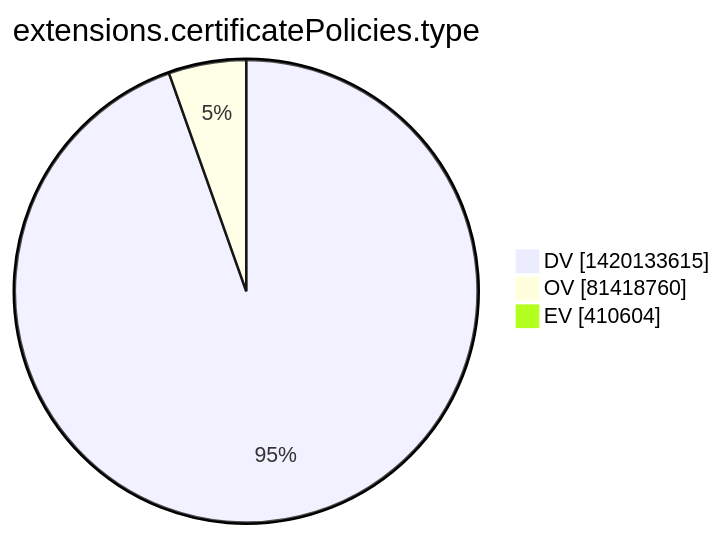
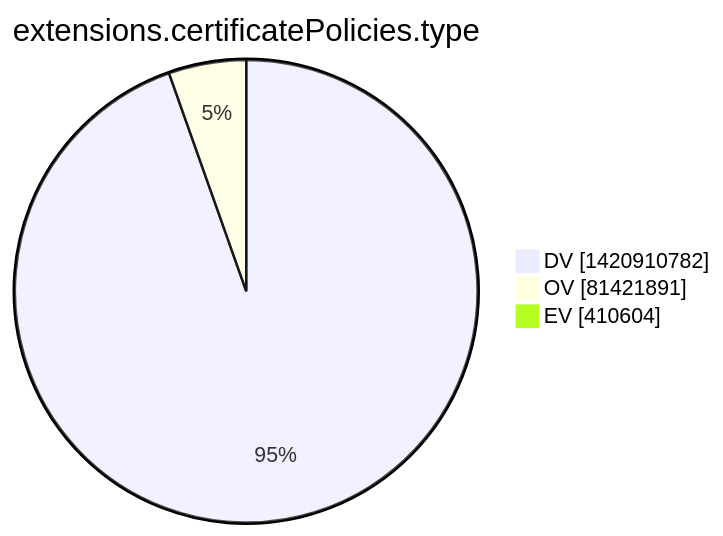
One commit to christiankrug/ctmonitor_visualization changed the tenth of 15 diagrams in xenon2022/README.md. Above: the diagram before and after it, drawn with Mermaid. The commit also changed other lines of this file, not shown here.

````diff
--- a/xenon2022/README.md
+++ b/xenon2022/README.md
@@ -2865,7 +2866,7 @@
 ```mermaid
 pie showData
 title extensions.certificatePolicies.type
-"DV" :1420133615
-"OV" :81418760
+"DV" :1420910782
+"OV" :81421891
 "EV" :410604
 ```
````
